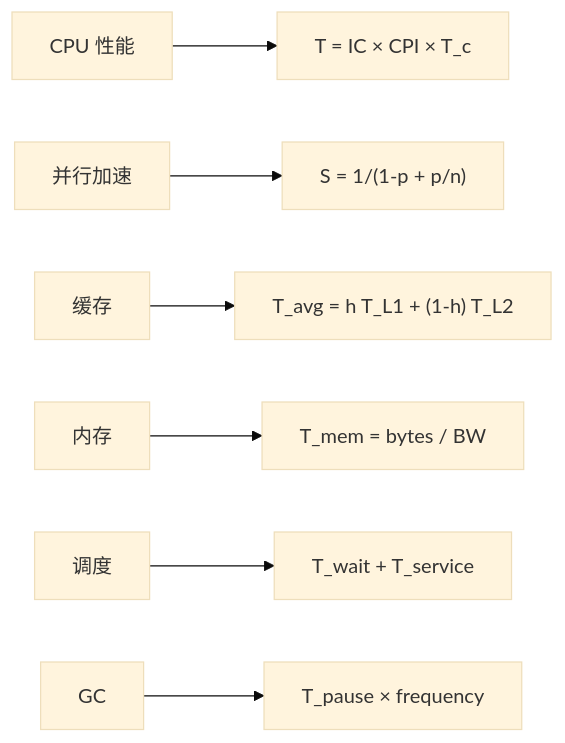
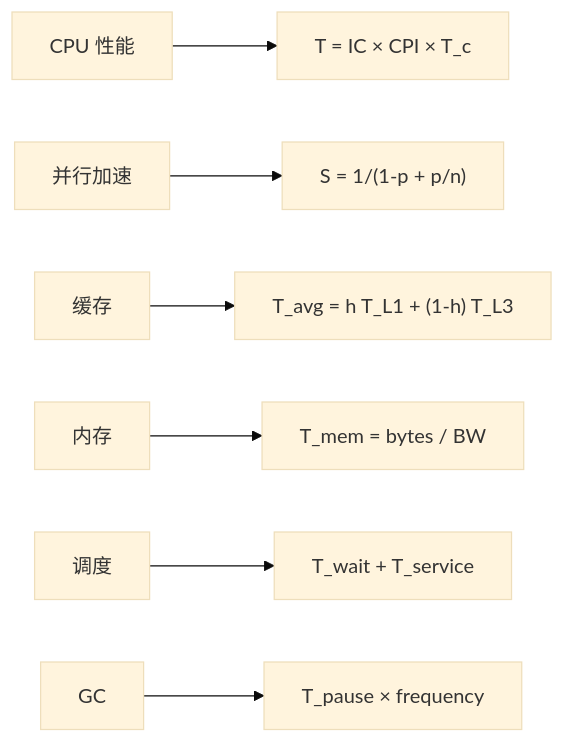
Before and after one commit to godlockin/maths-cs-ai-compendium: the fifth of 5 diagrams in zh/教辅/思维导图/第13章.md, drawn with Mermaid (base theme). The commit also changed other lines of this file and 13 other files, not shown here.

````diff
--- a/zh/教辅/思维导图/第13章.md
+++ b/zh/教辅/思维导图/第13章.md
@@ -292,9 +296,9 @@
 ```mermaid
 graph LR
     A[CPU 性能] --> A1[T = IC × CPI × T_c]
     B[并行加速] --> B1["S = 1/(1-p + p/n)"]
-    C[缓存] --> C1["T_avg = h T_L1 + (1-h) T_L2"]
+    C[缓存] --> C1["T_avg = h T_L1 + (1-h) T_L3"]
     D[内存] --> D1[T_mem = bytes / BW]
     E[调度] --> E1[T_wait + T_service]
     F[GC] --> F1[T_pause × frequency]
 ```
````
